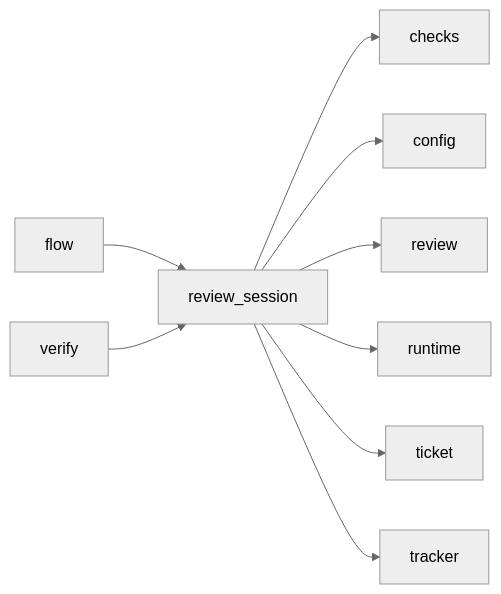
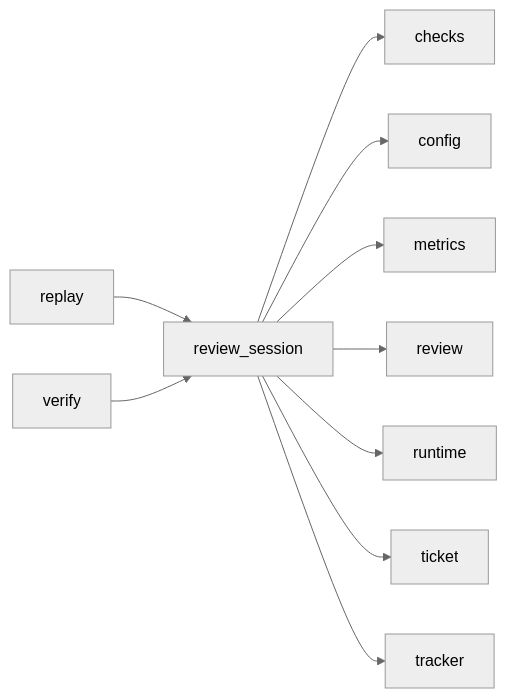
The diagram in docs/architecture/modules/review_session.md (plaplanche/ariane), drawn with Mermaid (neutral theme) before and after one commit. The commit also changed other lines of this file and 15 other files, not shown here.

````diff
--- a/docs/architecture/modules/review_session.md
+++ b/docs/architecture/modules/review_session.md
@@ -19,11 +20,12 @@
 ```mermaid
 flowchart LR
   review_session --> checks
   review_session --> config
+  review_session --> metrics
   review_session --> review
   review_session --> runtime
   review_session --> ticket
   review_session --> tracker
-  flow --> review_session
+  replay --> review_session
   verify --> review_session
 ```
````
